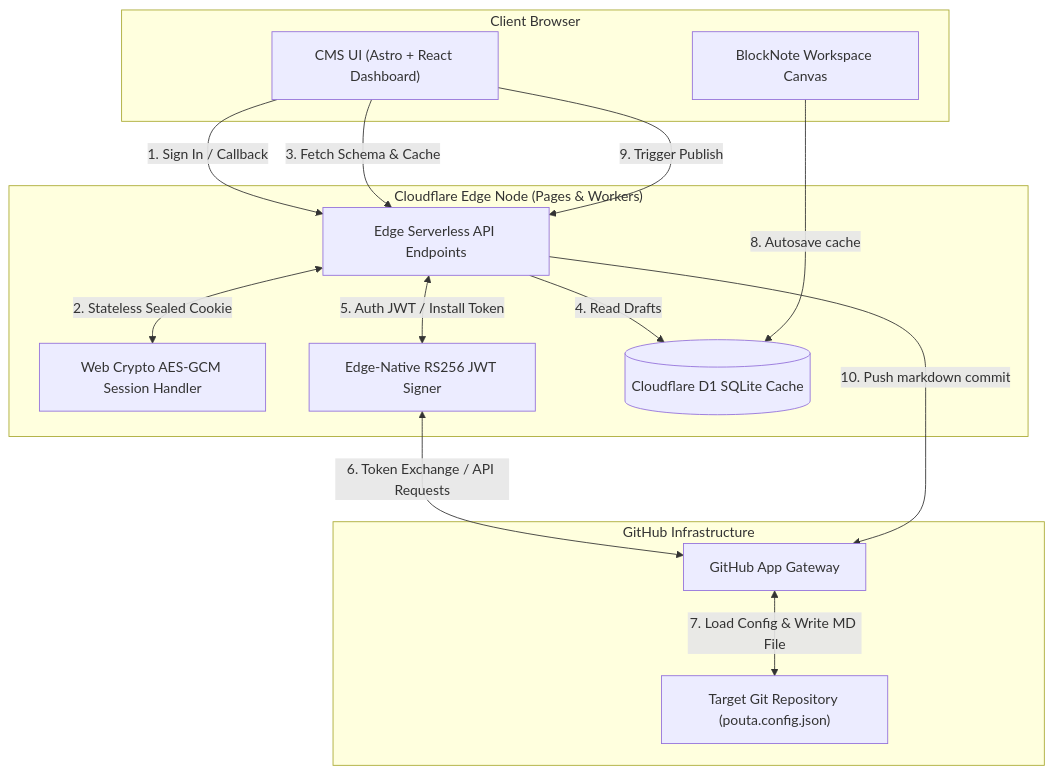
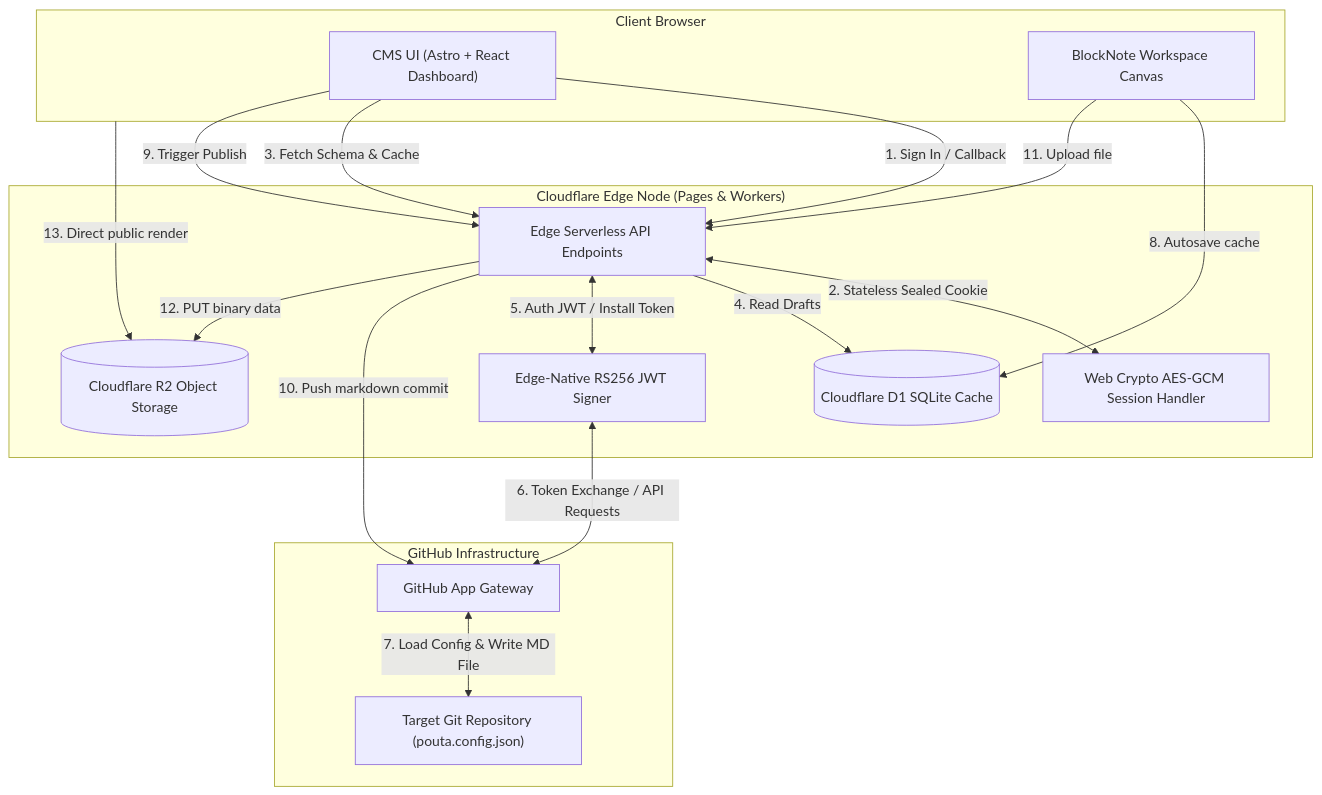
Before and after one commit to pouta-cms/cms: the first of 6 diagrams in ARCHITECTURE.md, drawn with Mermaid. The commit also changed other lines of this file and 8 other files, not shown here.

Commit message:
feat: implement Cloudflare R2 image upload pipeline, metadata uploader, and scroll fixes (#3)

````diff
--- a/ARCHITECTURE.md
+++ b/ARCHITECTURE.md
@@ -13,33 +13,38 @@
 ```mermaid
 graph TD
     subgraph Client ["Client Browser"]
         UI["CMS UI (Astro + React Dashboard)"]
         Editor["BlockNote Workspace Canvas"]
     end
 
     subgraph Edge ["Cloudflare Edge Node (Pages & Workers)"]
         SessionCrypto["Web Crypto AES-GCM Session Handler"]
         JWTSigner["Edge-Native RS256 JWT Signer"]
         API["Edge Serverless API Endpoints"]
         D1DB[("Cloudflare D1 SQLite Cache")]
+        R2Bucket[("Cloudflare R2 Object Storage")]
     end
 
     subgraph GitHub ["GitHub Infrastructure"]
         GHApp["GitHub App Gateway"]
         TargetRepo["Target Git Repository (pouta.config.json)"]
     end
 
     UI -->|1. Sign In / Callback| API
     API <-->|2. Stateless Sealed Cookie| SessionCrypto
     
     UI -->|3. Fetch Schema & Cache| API
     API -->|4. Read Drafts| D1DB
     API <-->|5. Auth JWT / Install Token| JWTSigner
     
     JWTSigner <-->|6. Token Exchange / API Requests| GHApp
     GHApp <-->|7. Load Config & Write MD File| TargetRepo
     
     Editor -->|8. Autosave cache| D1DB
     UI -->|9. Trigger Publish| API
     API -->|10. Push markdown commit| GHApp
+    
+    Editor -->|11. Upload file| API
+    API -->|12. PUT binary data| R2Bucket
+    Client -->|13. Direct public render| R2Bucket
 ```
````
